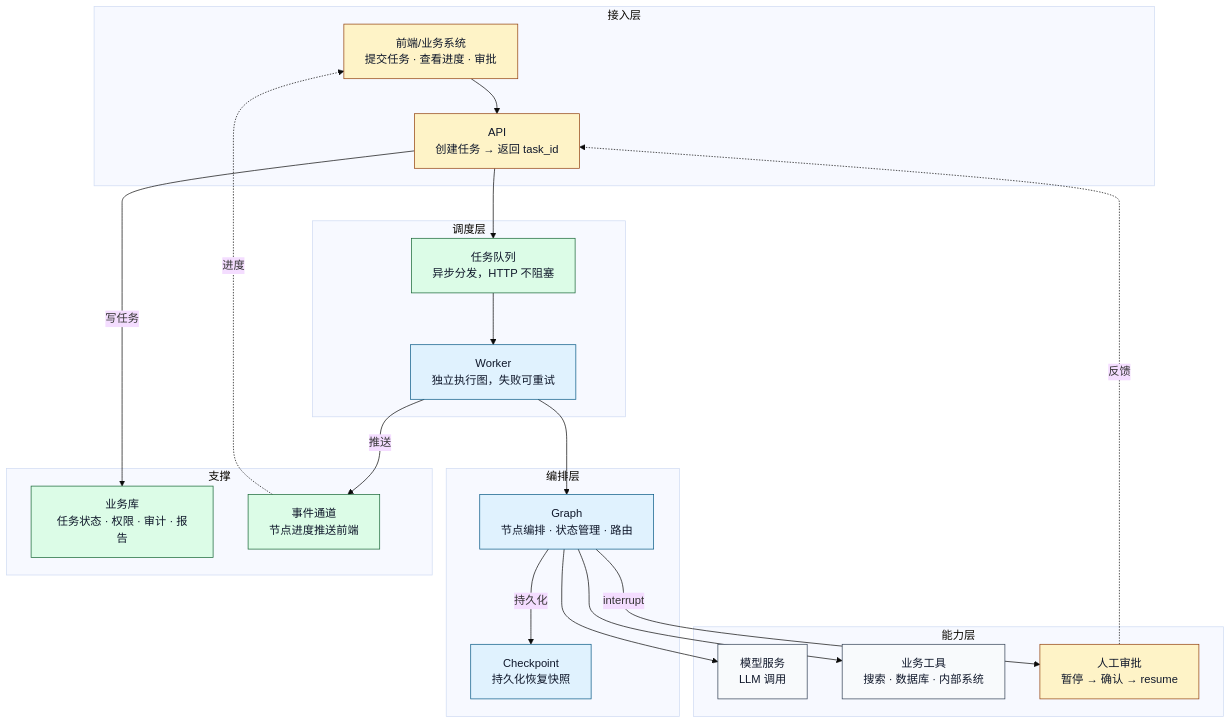
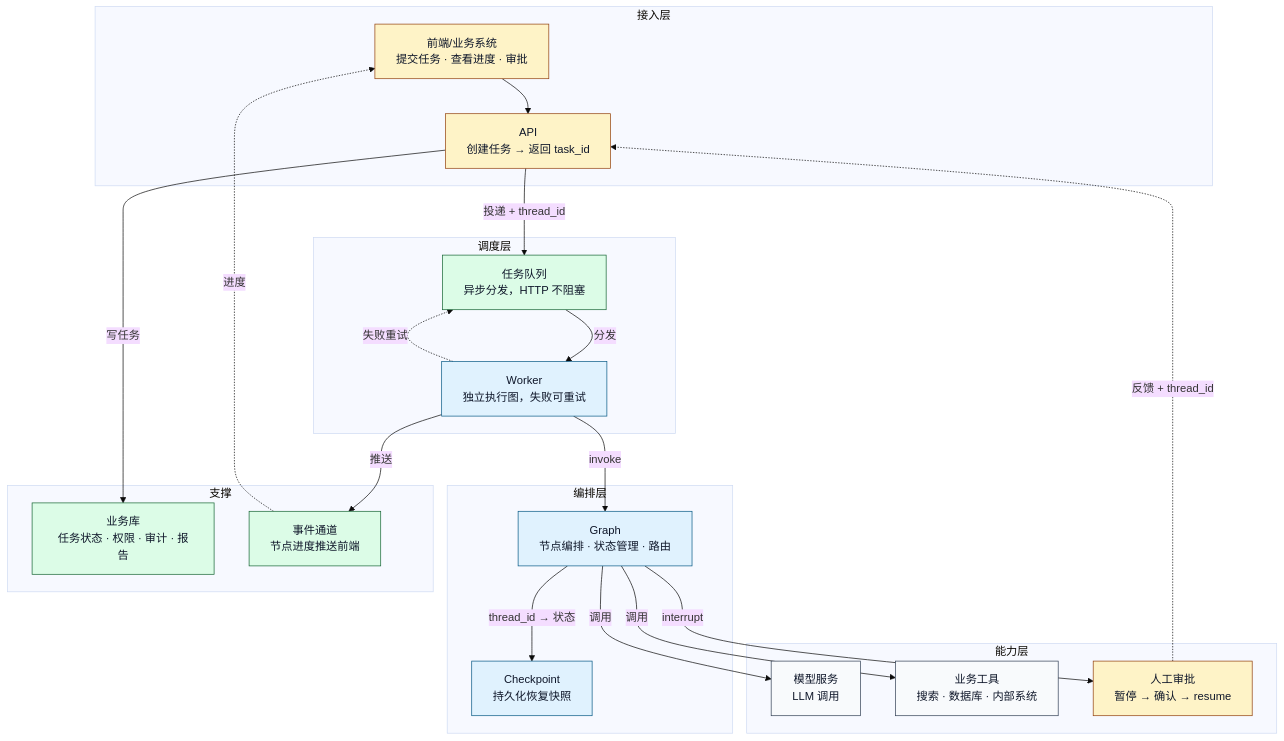
One commit to sealzrt/2026-08--agent changed the seventh of 13 diagrams in ai-agent学习/06.LangGraph入门/16.LangGraph业务落地项目架构.md. Above: the diagram before and after it, drawn with Mermaid (base theme). The commit also changed other lines of this file and 95 other files, not shown here.

````diff
--- a/ai-agent学习/06.LangGraph入门/16.LangGraph业务落地项目架构.md
+++ b/ai-agent学习/06.LangGraph入门/16.LangGraph业务落地项目架构.md
@@ -235,44 +267,45 @@
 ```mermaid
 flowchart TD
     subgraph S1["接入层"]
         Front["前端/业务系统<br/>提交任务 · 查看进度 · 审批"]
         API["API<br/>创建任务 → 返回 task_id"]
     end
     subgraph S2["调度层"]
         Queue["任务队列<br/>异步分发，HTTP 不阻塞"]
         Worker["Worker<br/>独立执行图，失败可重试"]
     end
     subgraph S3["编排层"]
         Graph["Graph<br/>节点编排 · 状态管理 · 路由"]
         Checkpoint["Checkpoint<br/>持久化恢复快照"]
     end
     subgraph S4["能力层"]
         Model["模型服务<br/>LLM 调用"]
         Tools["业务工具<br/>搜索 · 数据库 · 内部系统"]
         Human["人工审批<br/>暂停 → 确认 → resume"]
     end
     subgraph S5["支撑"]
         BusinessDB["业务库<br/>任务状态 · 权限 · 审计 · 报告"]
         Events["事件通道<br/>节点进度推送前端"]
     end
     Front --> API
-    API --> Queue
+    API -->|投递 + thread_id| Queue
     API -->|写任务| BusinessDB
-    Queue --> Worker
-    Worker --> Graph
-    Graph -->|持久化| Checkpoint
-    Graph --> Model
-    Graph --> Tools
+    Queue -->|分发| Worker
+    Worker -->|invoke| Graph
+    Graph -->|thread_id → 状态| Checkpoint
+    Graph -->|调用| Model
+    Graph -->|调用| Tools
     Graph -->|interrupt| Human
     Worker -->|推送| Events
+    Worker -.->|失败重试| Queue
     Events -.->|进度| Front
-    Human -.->|反馈| API
+    Human -.->|反馈 + thread_id| API
     classDef biz fill:#fef3c7,stroke:#92400e,color:#0f172a
     classDef core fill:#e0f2fe,stroke:#075985,color:#0f172a
     classDef cap fill:#dcfce7,stroke:#166534,color:#0f172a
     classDef neutral fill:#f8fafc,stroke:#334155,color:#0f172a
     class Front,API,Human biz
     class Worker,Graph,Checkpoint core
     class Queue,Events,BusinessDB cap
     class Model,Tools neutral
 ```
````
